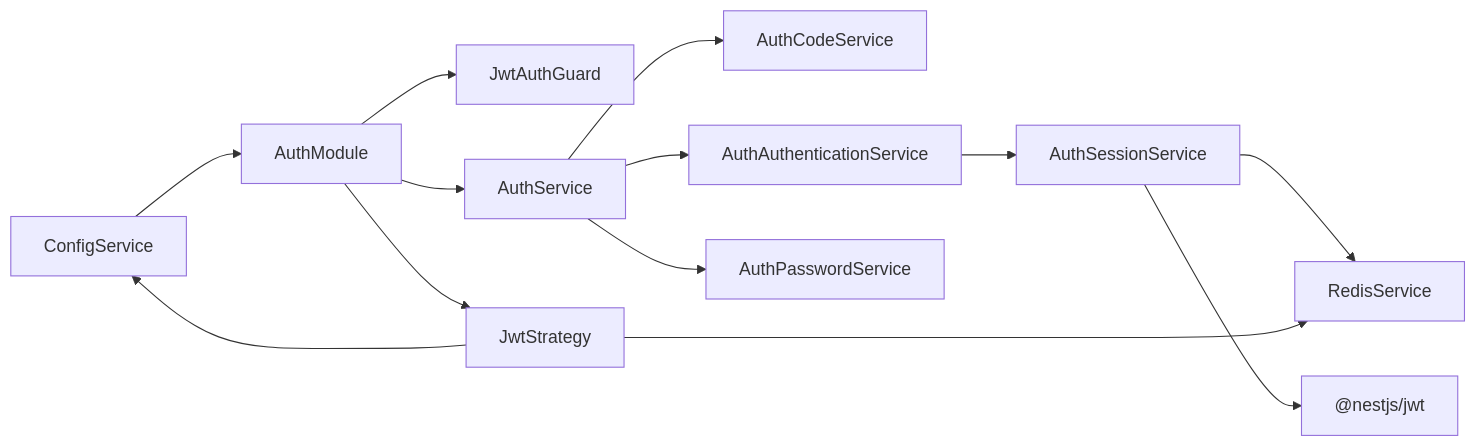
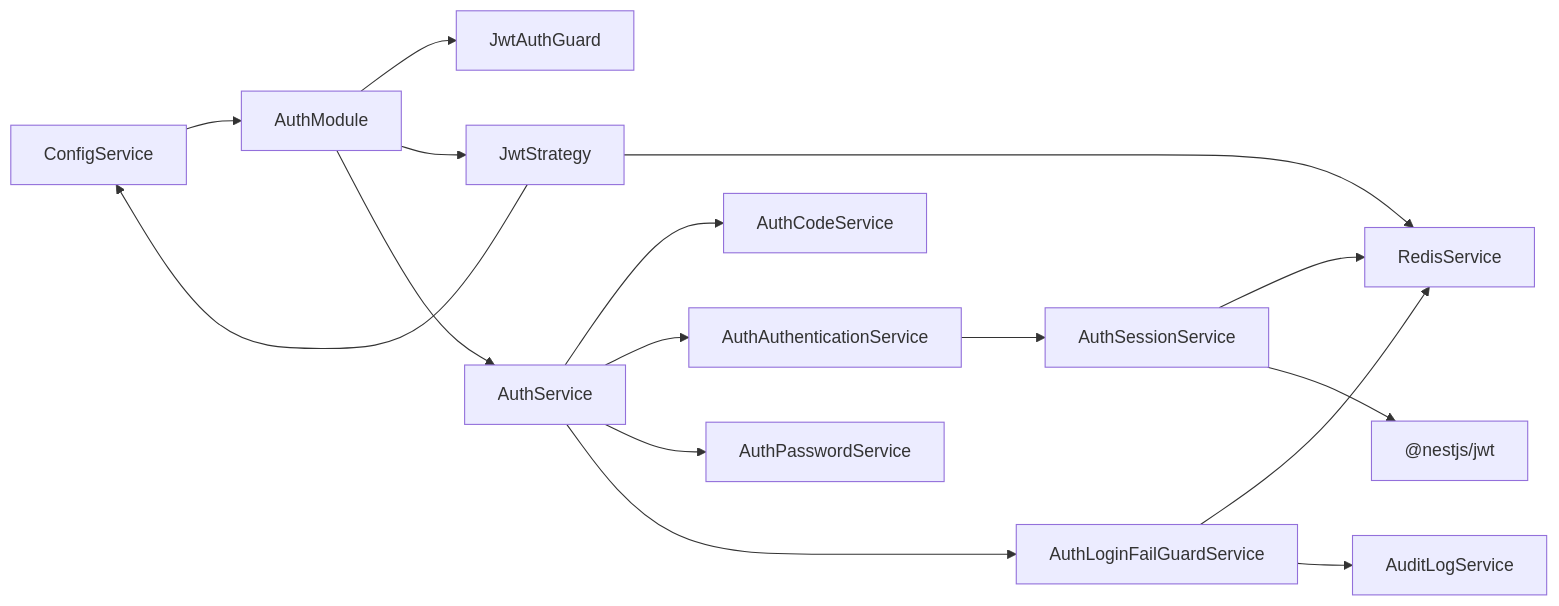
The eighth of 8 diagrams in .qoder/repowiki/zh/content/认证授权系统/安全最佳实践.md (rc558620/purelyprofit-server), drawn with Mermaid before and after one commit. The commit also changed other lines of this file and 164 other files, not shown here.

````diff
--- a/.qoder/repowiki/zh/content/认证授权系统/安全最佳实践.md
+++ b/.qoder/repowiki/zh/content/认证授权系统/安全最佳实践.md
@@ -299,15 +366,18 @@
 ```mermaid
 graph LR
 CFG["ConfigService"] --> AM["AuthModule"]
 AM --> JG["JwtAuthGuard"]
 AM --> JS["JwtStrategy"]
 AM --> AS["AuthService"]
 AS --> ACS["AuthCodeService"]
 AS --> AAS["AuthAuthenticationService"]
 AS --> APS["AuthPasswordService"]
+AS --> ALFGS["AuthLoginFailGuardService"]
 AAS --> ASS["AuthSessionService"]
 ASS --> RS["RedisService"]
 ASS --> JWT["@nestjs/jwt"]
 JS --> RS
 JS --> CFG
+ALFGS --> RS
+ALFGS --> ALS["AuditLogService"]
 ```
````
